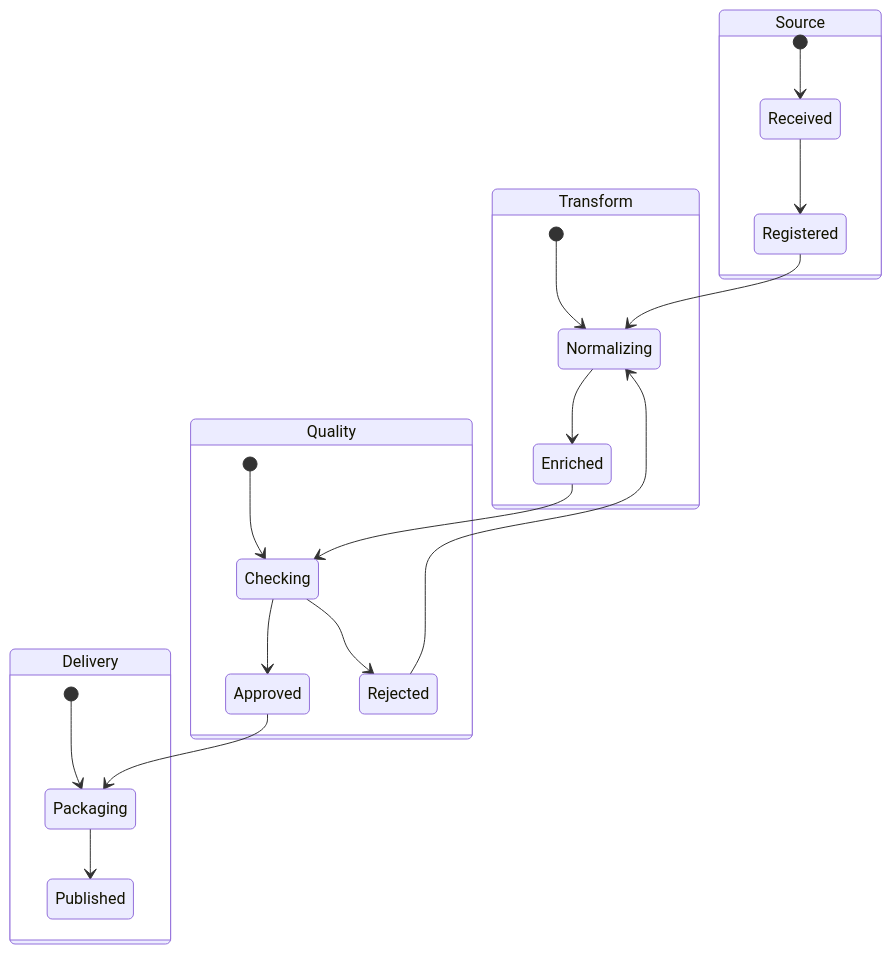
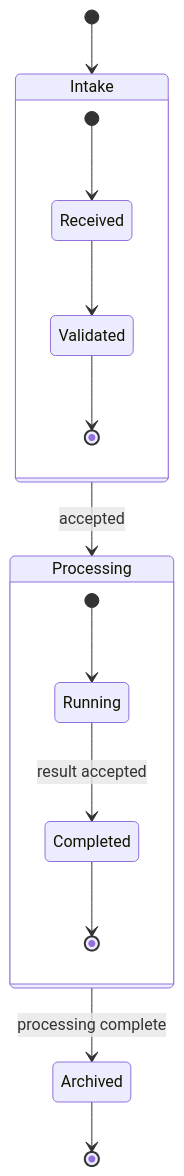
The third of 5 diagrams in src/rulesync/.rulesync/skills/mols-mermaid-diagram/references/examples/state-diagram.md (mols3131d/mols-agent-assets), drawn with Mermaid before and after one commit. The commit also changed other lines of this file and 27 other files, not shown here.

Commit message:
docs(mermaid): diagram examples 단계별 고도화

````diff
--- a/src/rulesync/.rulesync/skills/mols-mermaid-diagram/references/examples/state-diagram.md
+++ b/src/rulesync/.rulesync/skills/mols-mermaid-diagram/references/examples/state-diagram.md
@@ -46,25 +79,21 @@
 ```mermaid
 stateDiagram-v2
-    state Source {
+    [*] --> Intake
+
+    state Intake {
         [*] --> Received
-        Received --> Registered
-    }
-    state Transform {
-        [*] --> Normalizing
-        Normalizing --> Enriched
-    }
-    state Quality {
-        [*] --> Checking
-        Checking --> Approved
-        Checking --> Rejected
-    }
-    state Delivery {
-        [*] --> Packaging
-        Packaging --> Published
+        Received --> Validated
+        Validated --> [*]
     }
 
-    Registered --> Normalizing
-    Enriched --> Checking
-    Approved --> Packaging
-    Rejected --> Normalizing
+    Intake --> Processing: accepted
+
+    state Processing {
+        [*] --> Running
+        Running --> Completed: result accepted
+        Completed --> [*]
+    }
+
+    Processing --> Archived: processing complete
+    Archived --> [*]
 ```
````
